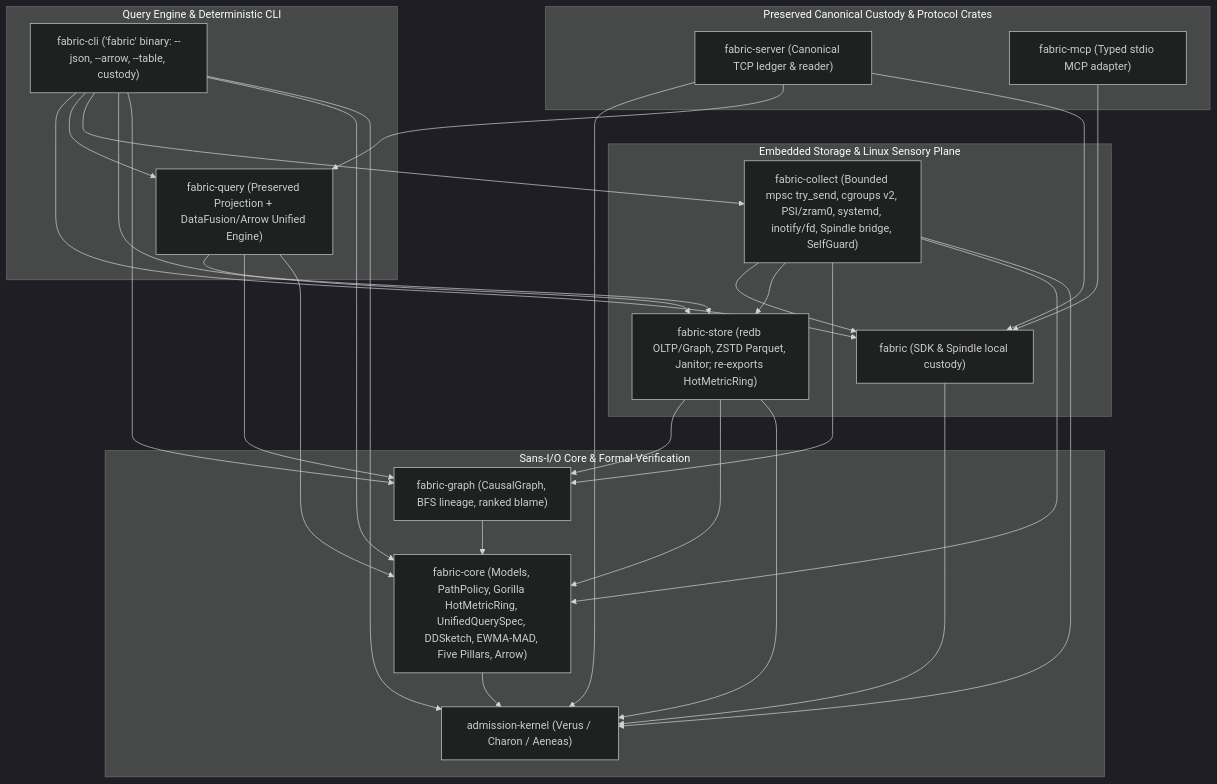
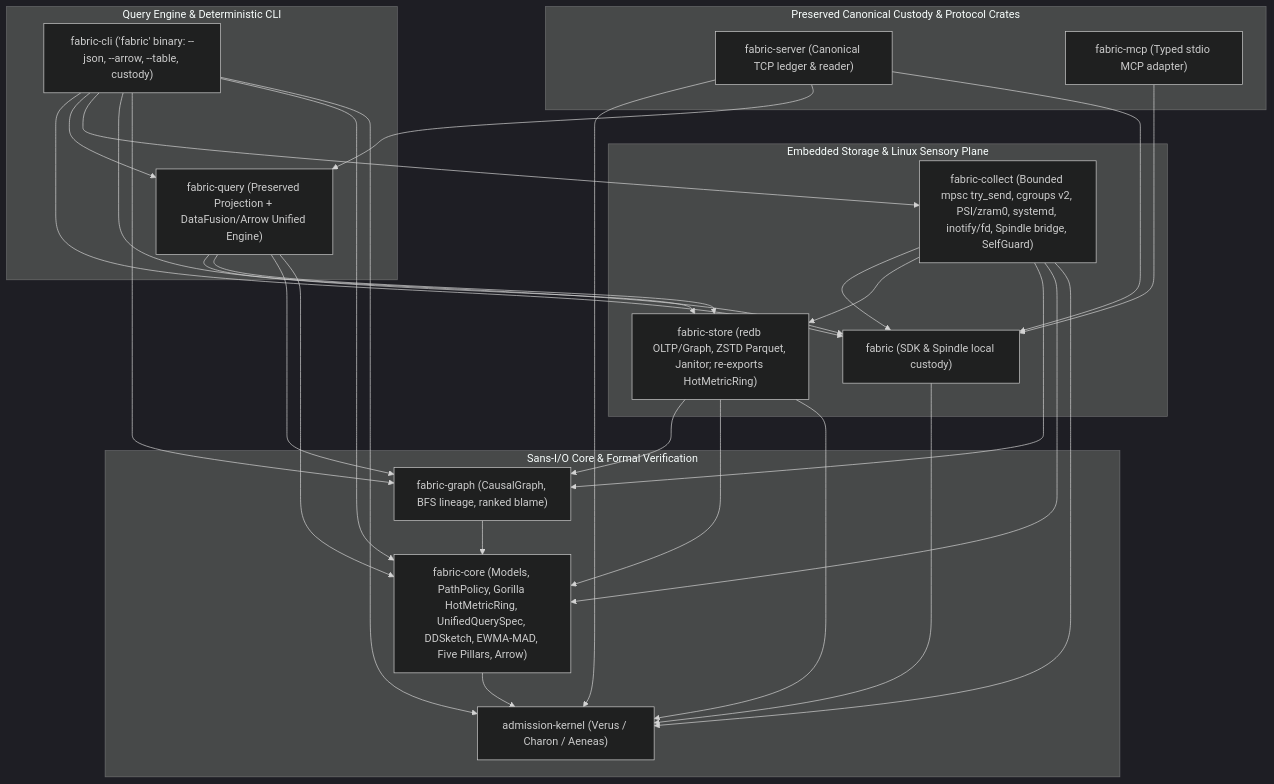
One commit to kmosoti/FabricO11y changed the first of 4 diagrams in docs/architecture.md. Above: the diagram before and after it, drawn with Mermaid (dark theme). The commit also changed 26 other files, not shown here.

````diff
--- a/docs/architecture.md
+++ b/docs/architecture.md
@@ -9,49 +9,50 @@
 ```mermaid
 flowchart TD
     subgraph SansIO["Sans-I/O Core & Formal Verification"]
         AK["admission-kernel (Verus / Charon / Aeneas)"]
         FC["fabric-core (Models, PathPolicy, Gorilla HotMetricRing, UnifiedQuerySpec, DDSketch, EWMA-MAD, Five Pillars, Arrow)"]
         FG["fabric-graph (CausalGraph, BFS lineage, ranked blame)"]
         FC --> AK
         FG --> FC
     end
 
     subgraph StorageAndCollection["Embedded Storage & Linux Sensory Plane"]
         FS["fabric-store (redb OLTP/Graph, ZSTD Parquet, Janitor; re-exports HotMetricRing)"]
         COL["fabric-collect (Bounded mpsc try_send, cgroups v2, PSI/zram0, systemd, inotify/fd, Spindle bridge, SelfGuard)"]
         FS --> AK
         FS --> FC
         FS --> FG
         COL --> AK
         COL --> FC
         COL --> FG
         COL --> FS
         COL --> FAB
     end
 
     subgraph QueryAndCLI["Query Engine & Deterministic CLI"]
         FQ["fabric-query (Preserved Projection + DataFusion/Arrow Unified Engine)"]
         CLI["fabric-cli ('fabric' binary: --json, --arrow, --table, custody)"]
         FQ --> FC
         FQ --> FG
         FQ --> FS
+        FQ --> FAB
         CLI --> AK
         CLI --> FC
         CLI --> FG
         CLI --> FS
         CLI --> COL
         CLI --> FQ
         CLI --> FAB
     end
 
     subgraph PreservedCustody["Preserved Canonical Custody & Protocol Crates"]
         FAB["fabric (SDK & Spindle local custody)"]
         SRV["fabric-server (Canonical TCP ledger & reader)"]
         MCP["fabric-mcp (Typed stdio MCP adapter)"]
         FAB --> AK
         SRV --> FAB
         SRV --> FQ
         SRV --> AK
         MCP --> FAB
     end
 ```
````
